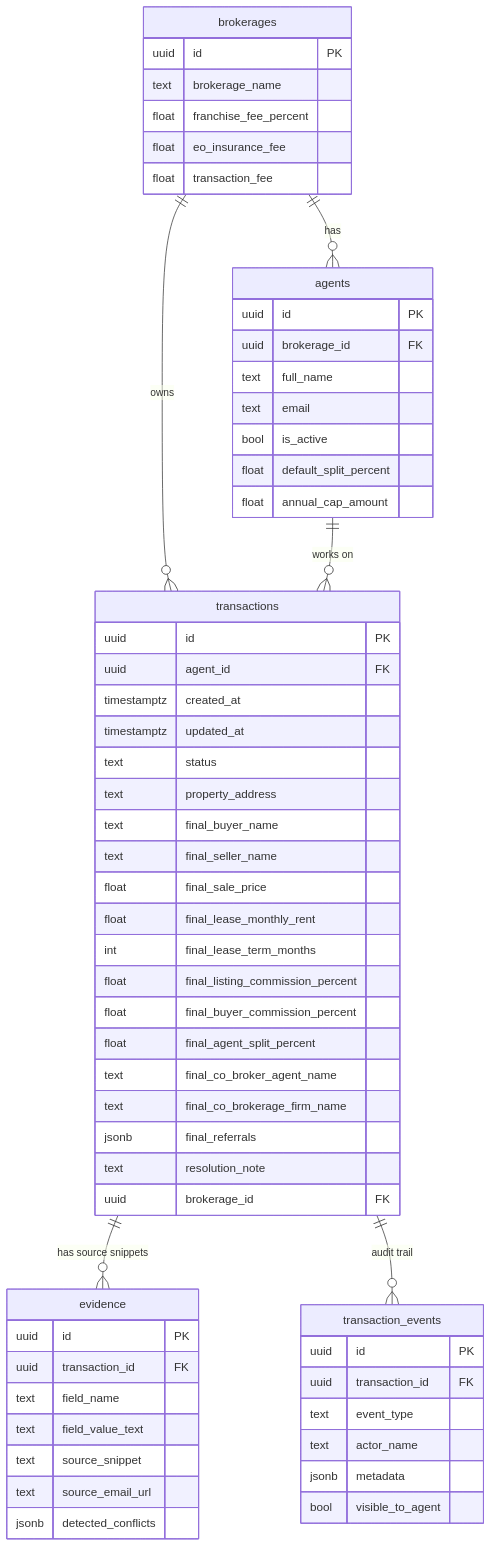
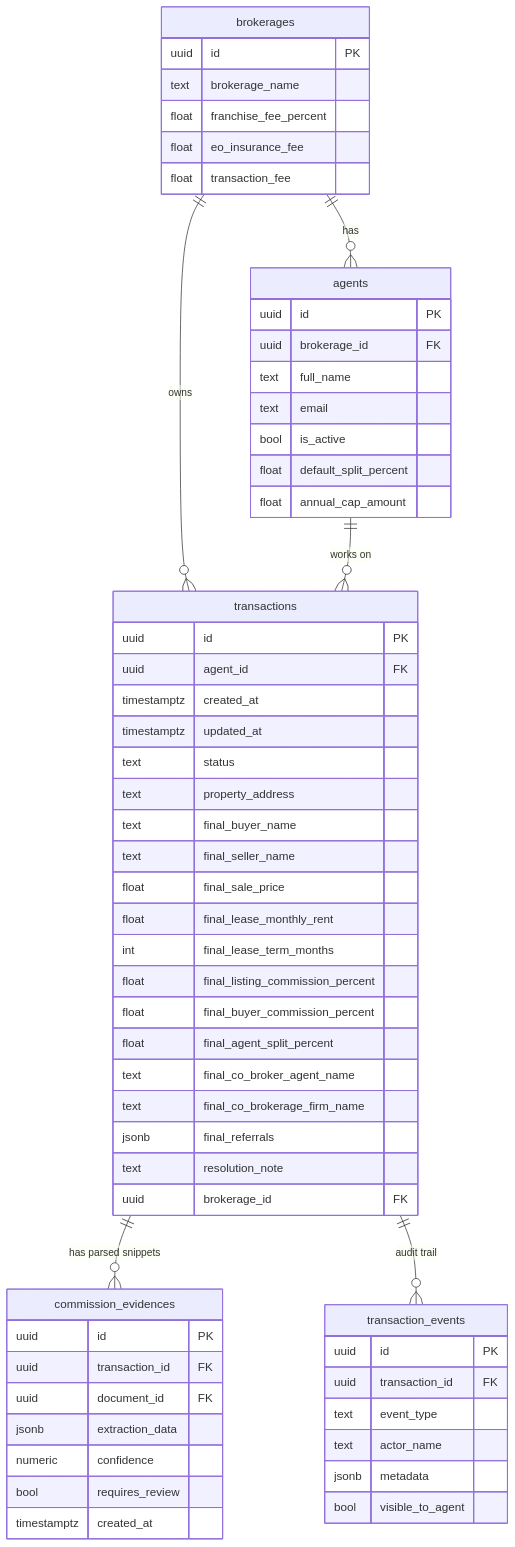
One commit to halioti2/Charney_Alec changed the first of 2 diagrams in docs/supabase-schema-vision.md. Above: the diagram before and after it, drawn with Mermaid. The commit also changed other lines of this file and 8 other files, not shown here.

````diff
--- a/docs/supabase-schema-vision.md
+++ b/docs/supabase-schema-vision.md
@@ -9,67 +9,67 @@
 ```mermaid
 erDiagram
     brokerages ||--o{ agents : "has"
     brokerages ||--o{ transactions : "owns"
     agents ||--o{ transactions : "works on"
-    transactions ||--o{ evidence : "has source snippets"
+    transactions ||--o{ commission_evidences : "has parsed snippets"
     transactions ||--o{ transaction_events : "audit trail"
 
     brokerages {
       uuid id PK
       text brokerage_name
       float franchise_fee_percent
       float eo_insurance_fee
       float transaction_fee
     }
 
     agents {
       uuid id PK
       uuid brokerage_id FK
       text full_name
       text email
       bool is_active
       float default_split_percent
       float annual_cap_amount
     }
 
     transactions {
       uuid id PK
       uuid agent_id FK
       timestamptz created_at
       timestamptz updated_at
       text status
       text property_address
       text final_buyer_name
       text final_seller_name
       float final_sale_price
       float final_lease_monthly_rent
       int final_lease_term_months
       float final_listing_commission_percent
       float final_buyer_commission_percent
       float final_agent_split_percent
       text final_co_broker_agent_name
       text final_co_brokerage_firm_name
       jsonb final_referrals
       text resolution_note
       uuid brokerage_id FK
     }
 
-    evidence {
+    commission_evidences {
       uuid id PK
       uuid transaction_id FK
-      text field_name
-      text field_value_text
-      text source_snippet
-      text source_email_url
-      jsonb detected_conflicts
+      uuid document_id FK
+      jsonb extraction_data
+      numeric confidence
+      bool requires_review
+      timestamptz created_at
     }
 
     transaction_events {
       uuid id PK
       uuid transaction_id FK
       text event_type
       text actor_name
       jsonb metadata
       bool visible_to_agent
     }
 ```
````
